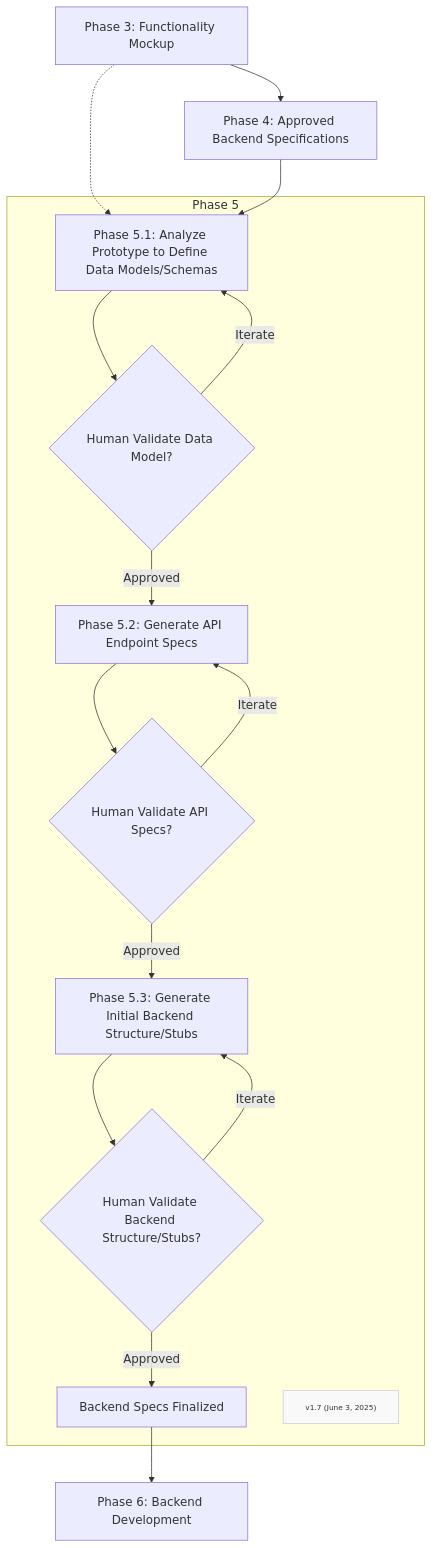
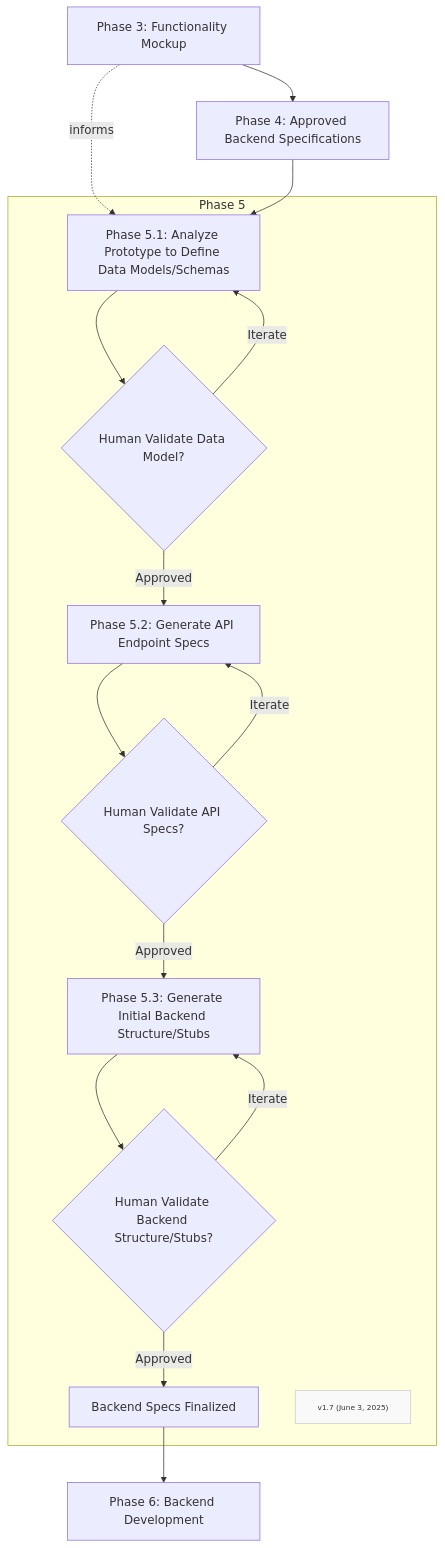
One commit to Mharbulous/Front-First-Method changed the diagram in Phases/FF-phase5.md. Above: the diagram before and after it, drawn with Mermaid.

Commit message:
refine phase 5 diagram

````diff
--- a/Phases/FF-phase5.md
+++ b/Phases/FF-phase5.md
@@ -1,25 +1,25 @@
 ```mermaid
 graph TD
 
-Phase3["Phase 3: Functionality Mockup"] -.-> Phase5_1["Build Backend"]
+Phase3["Phase 3: Functionality Mockup"] -.->|informs| Phase5_1["Build Backend"]
 Phase3["Phase 3: Functionality Mockup"] --> Phase4["Phase 4: Approved Backend Specifications"]
 Phase4 --> Phase5_1
 
     subgraph Phase5["Phase 5"]
         Phase5_1["Phase 5.1: Analyze Prototype to Define Data Models/Schemas"]    
         Phase5_1 --> Phase5_1_Val{"Human Validate Data Model?"}
         Phase5_1_Val -->|Iterate| Phase5_1
         Phase5_1_Val -->|Approved| Phase5_2["Phase 5.2: Generate API Endpoint Specs"]
         Phase5_2 --> Phase5_2_Val{"Human Validate API Specs?"}
         Phase5_2_Val -->|Iterate| Phase5_2
         Phase5_2_Val -->|Approved| Phase5_3["Phase 5.3: Generate Initial Backend Structure/Stubs"]
         Phase5_3 --> Phase5_3_Val{"Human Validate Backend Structure/Stubs?"}
         Phase5_3_Val -->|Iterate| Phase5_3
         Phase5_3_Val -->|Approved| BackendSpecsFinalized["Backend Specs Finalized"]
         Version["v1.7 (June 3, 2025)"]
         classDef version fill:#f9f9f9,stroke:#ccc,font-size:10px
         class Version version
     end
 
 BackendSpecsFinalized --> Phase6["Phase 6: Backend Development"]
 ```
````
